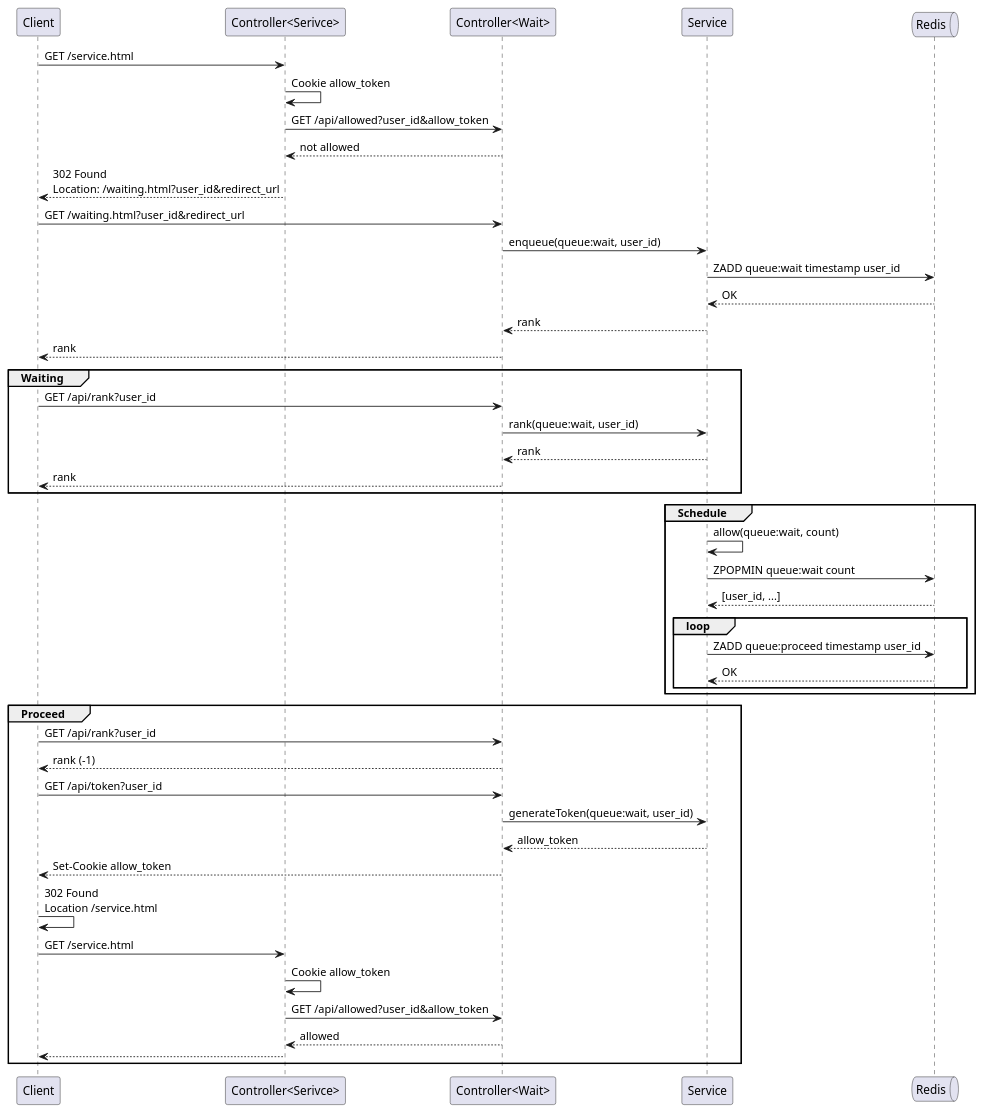
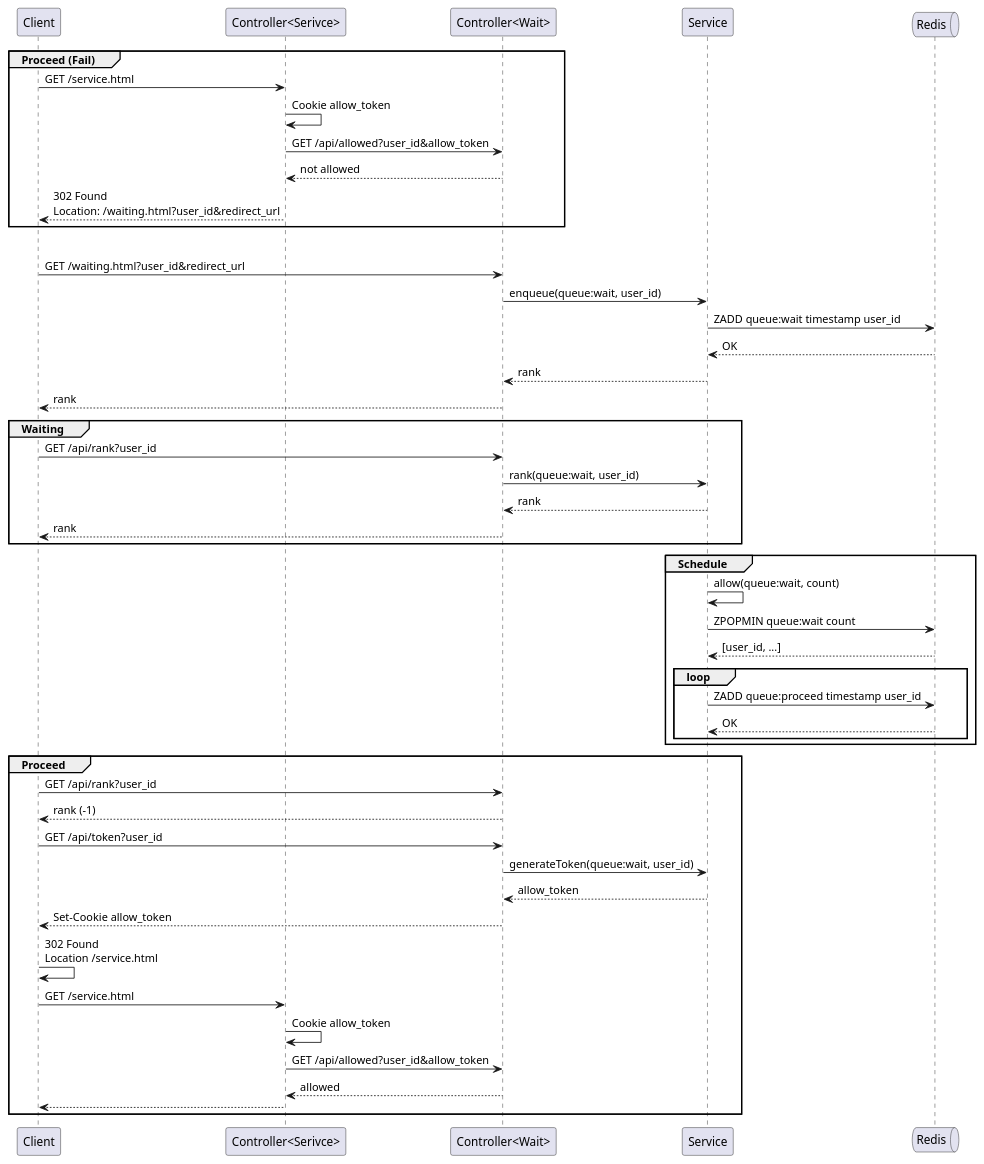
One commit to yanghoon/obsidian-workspace changed the diagram in _diary/2024-06-08.md. Above: the diagram before and after it, drawn with PlantUML.

Commit message:
vault backup: 2024-06-09 20:03:12

````diff
--- a/_diary/2024-06-08.md
+++ b/_diary/2024-06-08.md
@@ -11,58 +11,61 @@
 ```plantuml
 @startuml
 
 participant Client
 participant "Controller<Serivce>" as ServiceController
 participant "Controller<Wait>" as Controller
 participant Service
 queue Redis
 
-Client -> ServiceController: GET /service.html
-  ServiceController -> ServiceController: Cookie allow_token
-  ServiceController -> Controller: GET /api/allowed?user_id&allow_token
-  ServiceController <-- Controller: not allowed
-Client <-- ServiceController: 302 Found\nLocation: /waiting.html?user_id&redirect_url
+group Proceed (Fail)
+  Client -> ServiceController: GET /service.html
+    ServiceController -> ServiceController: Cookie allow_token
+    ServiceController -> Controller: GET /api/allowed?user_id&allow_token
+    ServiceController <-- Controller: not allowed
+  Client <-- ServiceController: 302 Found\nLocation: /waiting.html?user_id&redirect_url
+end
 
+group Waiting (Initia)
 Client -> Controller: GET /waiting.html?user_id&redirect_url
   Controller -> Service: enqueue(queue:wait, user_id)
     Service -> Redis: ZADD queue:wait timestamp user_id
     Service <-- Redis: OK
   Controller <-- Service: rank
 Client <-- Controller: rank
 
 group Waiting
   Client -> Controller: GET /api/rank?user_id
     Controller -> Service: rank(queue:wait, user_id)
     Controller <-- Service: rank
   Client <-- Controller: rank
 end
 
 group Schedule
   Service -> Service: allow(queue:wait, count)
   Service -> Redis: ZPOPMIN queue:wait count
   Service <-- Redis: [user_id, ...]
   loop
     Service -> Redis: ZADD queue:proceed timestamp user_id
     Service <-- Redis: OK
   end
 end
 
 group Proceed
   Client -> Controller: GET /api/rank?user_id
   Client <-- Controller: rank (-1)
 
   Client -> Controller: GET /api/token?user_id
     Controller -> Service: generateToken(queue:wait, user_id)
     Controller <-- Service: allow_token
   Client <-- Controller: Set-Cookie allow_token
 
   Client -> Client: 302 Found\nLocation /service.html
   Client -> ServiceController: GET /service.html
     ServiceController -> ServiceController: Cookie allow_token
     ServiceController -> Controller: GET /api/allowed?user_id&allow_token
     ServiceController <-- Controller: allowed
   Client <-- ServiceController
 end
 
 @enduml
 ```
````
